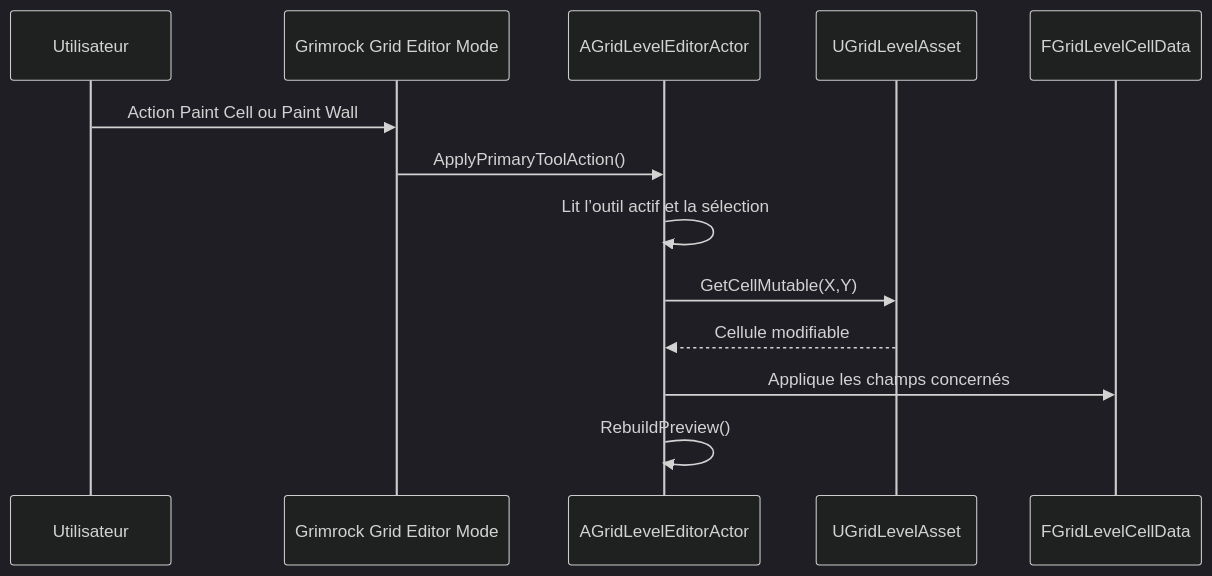
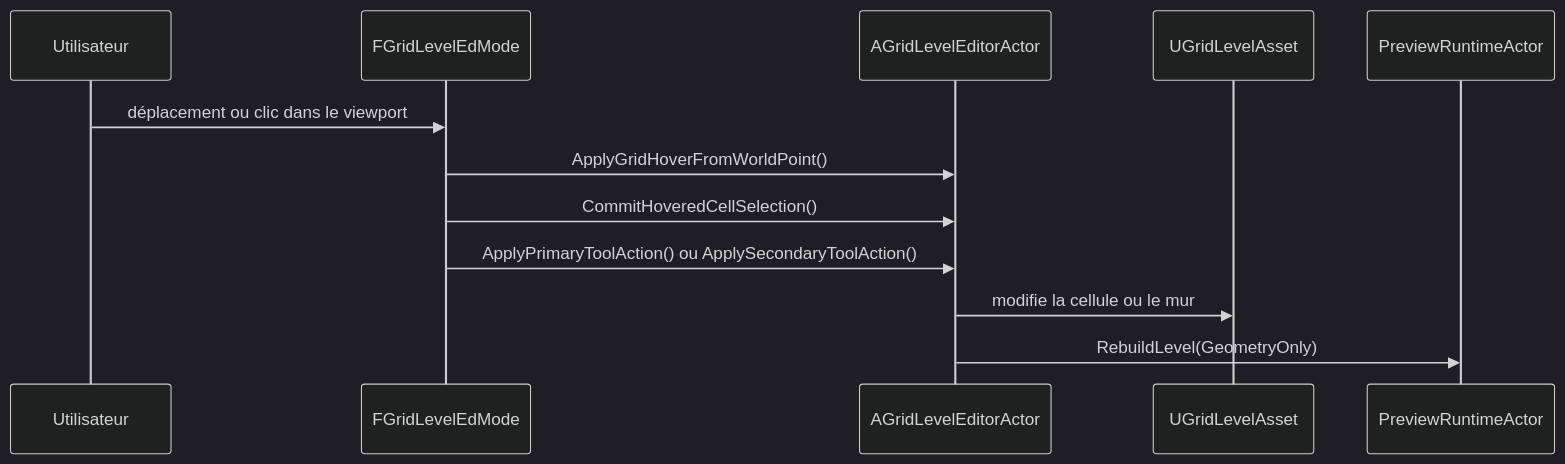
The second of 4 diagrams in docs/Architecture/CORE_DUNGEON_LEVEL_GRID.md (PhilippeMartin1964/GrimrockPrototype), drawn with Mermaid (dark theme) before and after one commit. The commit also changed other lines of this file, not shown here.

Commit message:
Review core dungeon grid documentation against code

````diff
--- a/docs/Architecture/CORE_DUNGEON_LEVEL_GRID.md
+++ b/docs/Architecture/CORE_DUNGEON_LEVEL_GRID.md
@@ -300,16 +349,15 @@
 ```mermaid
 sequenceDiagram
-    participant User as Utilisateur
-    participant Mode as Grimrock Grid Editor Mode
-    participant Editor as AGridLevelEditorActor
-    participant Level as UGridLevelAsset
-    participant Cell as FGridLevelCellData
+    participant U as Utilisateur
+    participant M as FGridLevelEdMode
+    participant E as AGridLevelEditorActor
+    participant L as UGridLevelAsset
+    participant P as PreviewRuntimeActor
 
-    User->>Mode: Action Paint Cell ou Paint Wall
-    Mode->>Editor: ApplyPrimaryToolAction()
-    Editor->>Editor: Lit l’outil actif et la sélection
-    Editor->>Level: GetCellMutable(X,Y)
-    Level-->>Editor: Cellule modifiable
-    Editor->>Cell: Applique les champs concernés
-    Editor->>Editor: RebuildPreview()
+    U->>M: déplacement ou clic dans le viewport
+    M->>E: ApplyGridHoverFromWorldPoint()
+    M->>E: CommitHoveredCellSelection()
+    M->>E: ApplyPrimaryToolAction() ou ApplySecondaryToolAction()
+    E->>L: modifie la cellule ou le mur
+    E->>P: RebuildLevel(GeometryOnly)
 ```
````
